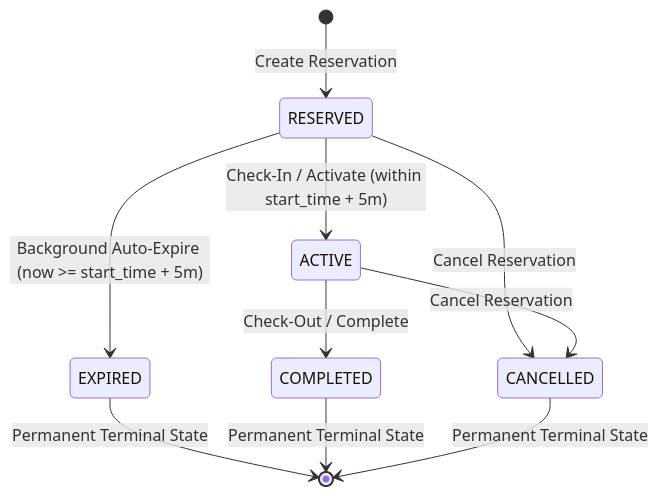
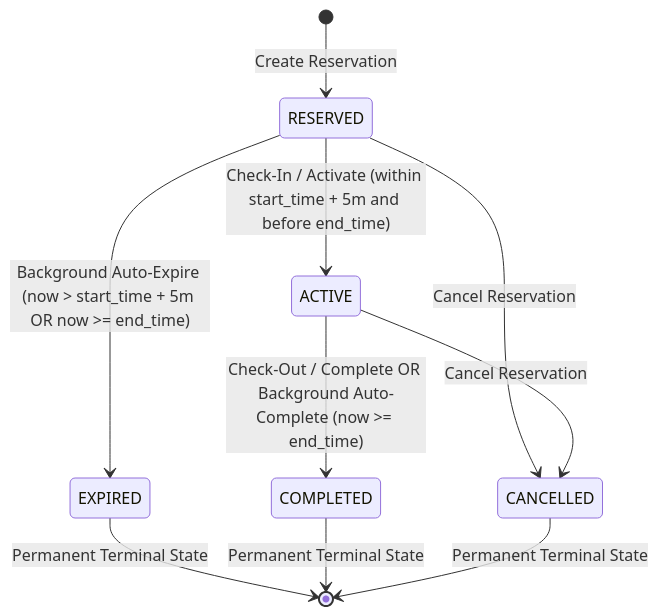
The diagram in specs/007-expire-unclaimed-reservations/data-model.md (Crimson8230/raumlotse), drawn with Mermaid before and after one commit. The commit also changed other lines of this file and 6 other files, not shown here.

````diff
--- a/specs/007-expire-unclaimed-reservations/data-model.md
+++ b/specs/007-expire-unclaimed-reservations/data-model.md
@@ -49,15 +49,15 @@
 ```mermaid
 stateDiagram-v2
     [*] --> RESERVED: Create Reservation
 
-    RESERVED --> ACTIVE: Check-In / Activate (within start_time + 5m)
-    RESERVED --> EXPIRED: Background Auto-Expire (now >= start_time + 5m)
+    RESERVED --> ACTIVE: Check-In / Activate (within start_time + 5m and before end_time)
+    RESERVED --> EXPIRED: Background Auto-Expire (now > start_time + 5m OR now >= end_time)
     RESERVED --> CANCELLED: Cancel Reservation
 
-    ACTIVE --> COMPLETED: Check-Out / Complete
+    ACTIVE --> COMPLETED: Check-Out / Complete OR Background Auto-Complete (now >= end_time)
     ACTIVE --> CANCELLED: Cancel Reservation
 
     EXPIRED --> [*]: Permanent Terminal State
     COMPLETED --> [*]: Permanent Terminal State
     CANCELLED --> [*]: Permanent Terminal State
 ```
````
